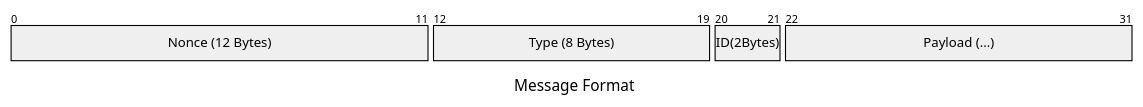
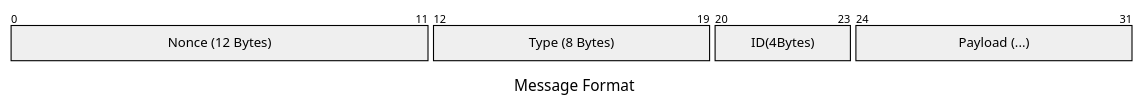
Before and after one commit to seblin-1230/Tillampad-Project-2: the first of 11 diagrams in notes/Terms.md, drawn with Mermaid. The commit also changed other lines of this file and 7 other files, not shown here.

````diff
--- a/notes/Terms.md
+++ b/notes/Terms.md
@@ -37,10 +37,10 @@
 ```mermaid
 ---
 title: "Message Format"
 ---
 packet-beta
 0-11: "Nonce (12 Bytes)"
 12-19: "Type (8 Bytes)"
-20-21: "ID(2Bytes)"
-22-31: "Payload (...)"
+20-23: "ID(4Bytes)"
+24-31: "Payload (...)"
 ```
````
